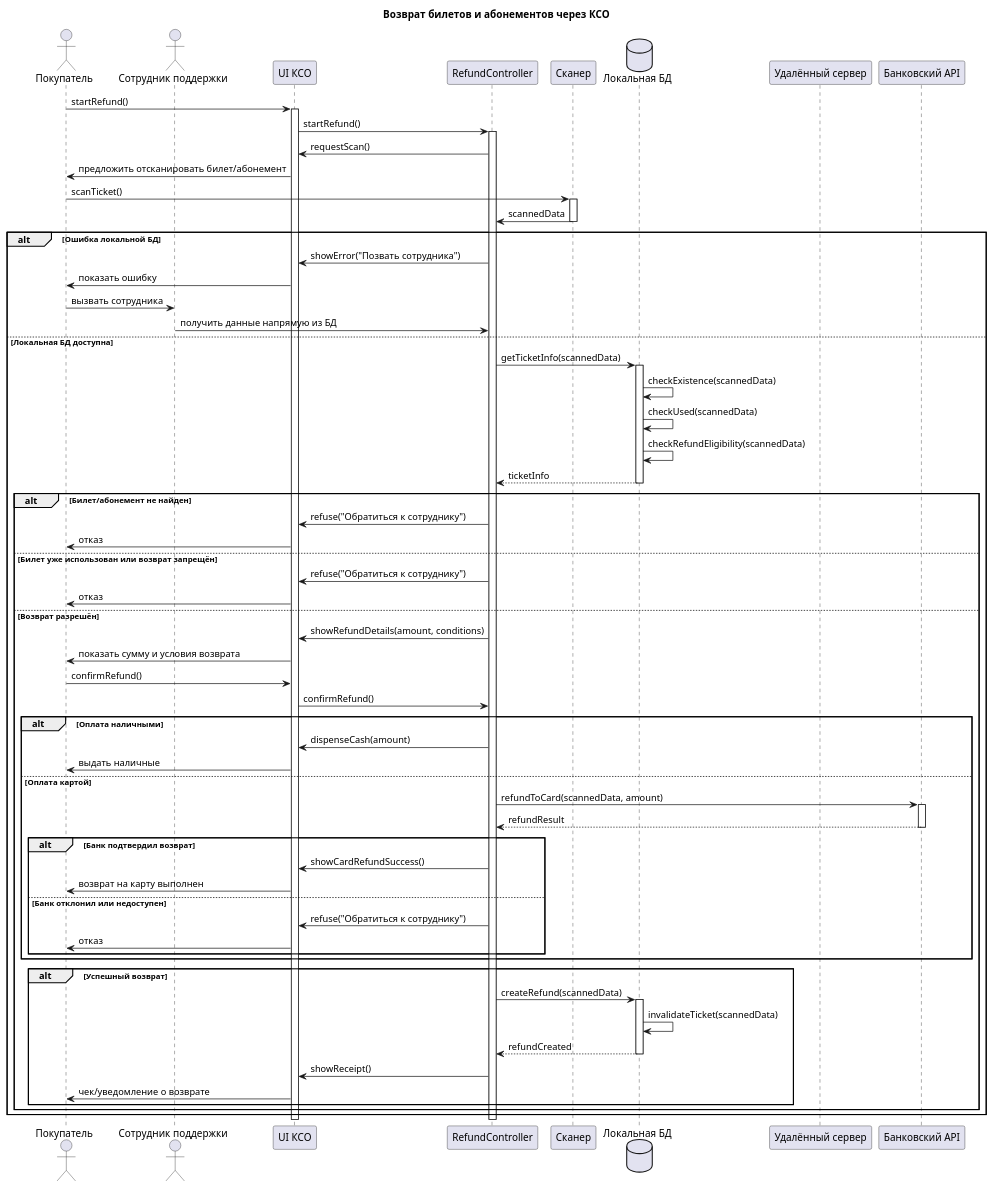
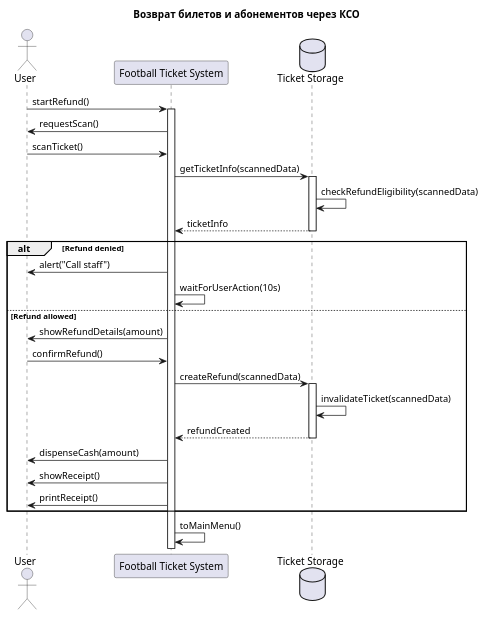
The diagram in Преценденты/Возврат билетов и абонементов/Диаграмма последовательности.md (penamarth/bsbo-11-24_team5_var10_football), drawn with PlantUML before and after one commit. The commit also changed 4 other files, not shown here.

````diff
--- a/Преценденты/Возврат билетов и абонементов/Диаграмма последовательности.md
+++ b/Преценденты/Возврат билетов и абонементов/Диаграмма последовательности.md
@@ -4,84 +4,40 @@
 @startuml
 title Возврат билетов и абонементов через КСО
 
-actor "Покупатель" as Buyer
-actor "Сотрудник поддержки" as Support
-participant "UI КСО" as UI
-participant "RefundController" as Controller
-participant "Сканер" as Scanner
-database "Локальная БД" as LocalDB
-participant "Удалённый сервер" as Remote
-participant "Банковский API" as Bank
+actor "User" as User
+participant "Football Ticket System" as FTS
+database "Ticket Storage" as TicketStorage
 
-Buyer -> UI : startRefund()
-activate UI
-UI -> Controller : startRefund()
-activate Controller
-Controller -> UI : requestScan()
-UI -> Buyer : предложить отсканировать билет/абонемент
+User -> FTS : startRefund()
+activate FTS
+FTS -> User : requestScan()
+User -> FTS : scanTicket()
 
-Buyer -> Scanner : scanTicket()
-activate Scanner
-Scanner -> Controller : scannedData
-deactivate Scanner
+FTS -> TicketStorage : getTicketInfo(scannedData)
+activate TicketStorage
+TicketStorage -> TicketStorage : checkRefundEligibility(scannedData)
+TicketStorage --> FTS : ticketInfo
+deactivate TicketStorage
 
-alt Ошибка локальной БД
-    Controller -> UI : showError("Позвать сотрудника")
-    UI -> Buyer : показать ошибку
-    Buyer -> Support : вызвать сотрудника
-    Support -> Controller : получить данные напрямую из БД
-else Локальная БД доступна
-    Controller -> LocalDB : getTicketInfo(scannedData)
-    activate LocalDB
-    LocalDB -> LocalDB : checkExistence(scannedData)
-    LocalDB -> LocalDB : checkUsed(scannedData)
-    LocalDB -> LocalDB : checkRefundEligibility(scannedData)
-    LocalDB --> Controller : ticketInfo
-    deactivate LocalDB
+alt Refund denied
+    FTS -> User : alert("Call staff")
+    FTS -> FTS : waitForUserAction(10s)
+else Refund allowed
+    FTS -> User : showRefundDetails(amount)
+    User -> FTS : confirmRefund()
+    
+    FTS -> TicketStorage : createRefund(scannedData)
+    activate TicketStorage
+    TicketStorage -> TicketStorage : invalidateTicket(scannedData)
+    TicketStorage --> FTS : refundCreated
+    deactivate TicketStorage
 
-    alt Билет/абонемент не найден
-        Controller -> UI : refuse("Обратиться к сотруднику")
-        UI -> Buyer : отказ
-    else Билет уже использован или возврат запрещён
-        Controller -> UI : refuse("Обратиться к сотруднику")
-        UI -> Buyer : отказ
-    else Возврат разрешён
-        Controller -> UI : showRefundDetails(amount, conditions)
-        UI -> Buyer : показать сумму и условия возврата
-        Buyer -> UI : confirmRefund()
-        UI -> Controller : confirmRefund()
+    FTS -> User : dispenseCash(amount)
+    FTS -> User : showReceipt()
+    FTS -> User : printReceipt()
+end
 
-        alt Оплата наличными
-            Controller -> UI : dispenseCash(amount)
-            UI -> Buyer : выдать наличные
-        else Оплата картой
-            Controller -> Bank : refundToCard(scannedData, amount)
-            activate Bank
-            Bank --> Controller : refundResult
-            deactivate Bank
-            alt Банк подтвердил возврат
-                Controller -> UI : showCardRefundSuccess()
-                UI -> Buyer : возврат на карту выполнен
-            else Банк отклонил или недоступен
-		        Controller -> UI : refuse("Обратиться к сотруднику")
-		        UI -> Buyer : отказ
-            end
-        end
-        
-        alt Успешный возврат
-			Controller -> LocalDB : createRefund(scannedData)
-	        activate LocalDB
-	        LocalDB -> LocalDB : invalidateTicket(scannedData)
-	        LocalDB --> Controller : refundCreated
-	        deactivate LocalDB
-
-	        Controller -> UI : showReceipt()
-	        UI -> Buyer : чек/уведомление о возврате
-		end
-    end
-end
-deactivate Controller
-deactivate UI
+FTS -> FTS : toMainMenu()
 
 @enduml
 ```
````
